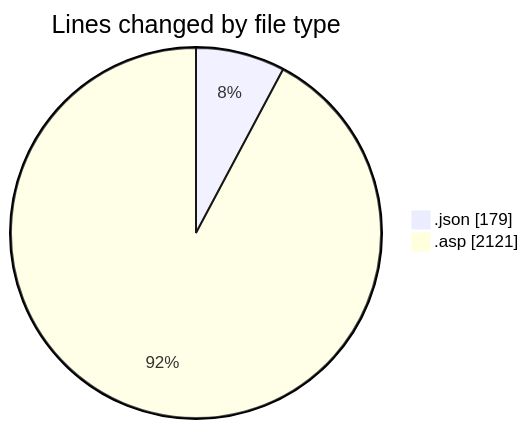
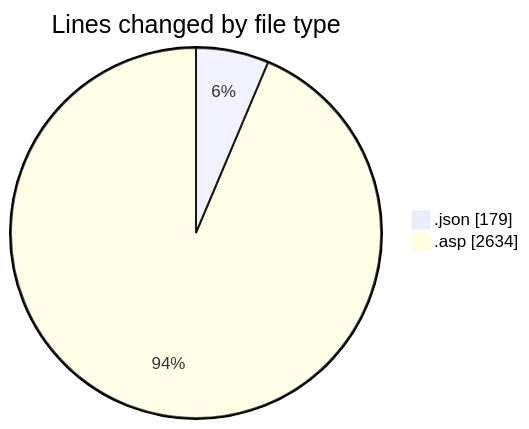
Before and after one commit to julien-gomy/code-tracking: the first of 2 diagrams in 2025-11-17/cdp_aleoudev_fr__workspace_/README.md, drawn with Mermaid. The commit also changed other lines of this file and 1 other file, not shown here.

````diff
--- a/2025-11-17/cdp_aleoudev_fr__workspace_/README.md
+++ b/2025-11-17/cdp_aleoudev_fr__workspace_/README.md
@@ -21,6 +22,6 @@
 ```mermaid
 pie showData
 title Lines changed by file type
 ".json" : 179
-".asp" : 2121
+".asp" : 2634
 ```
````
